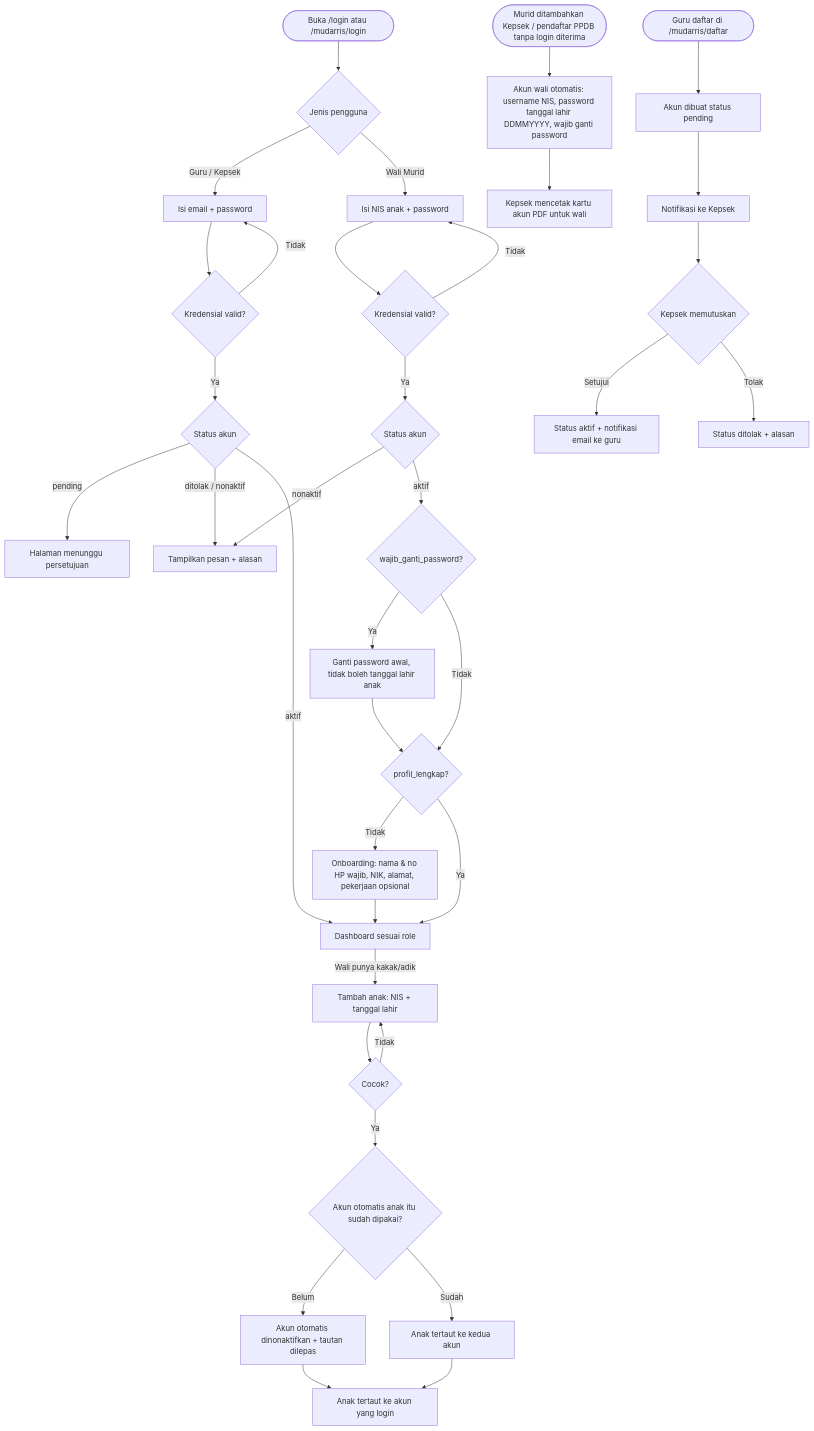
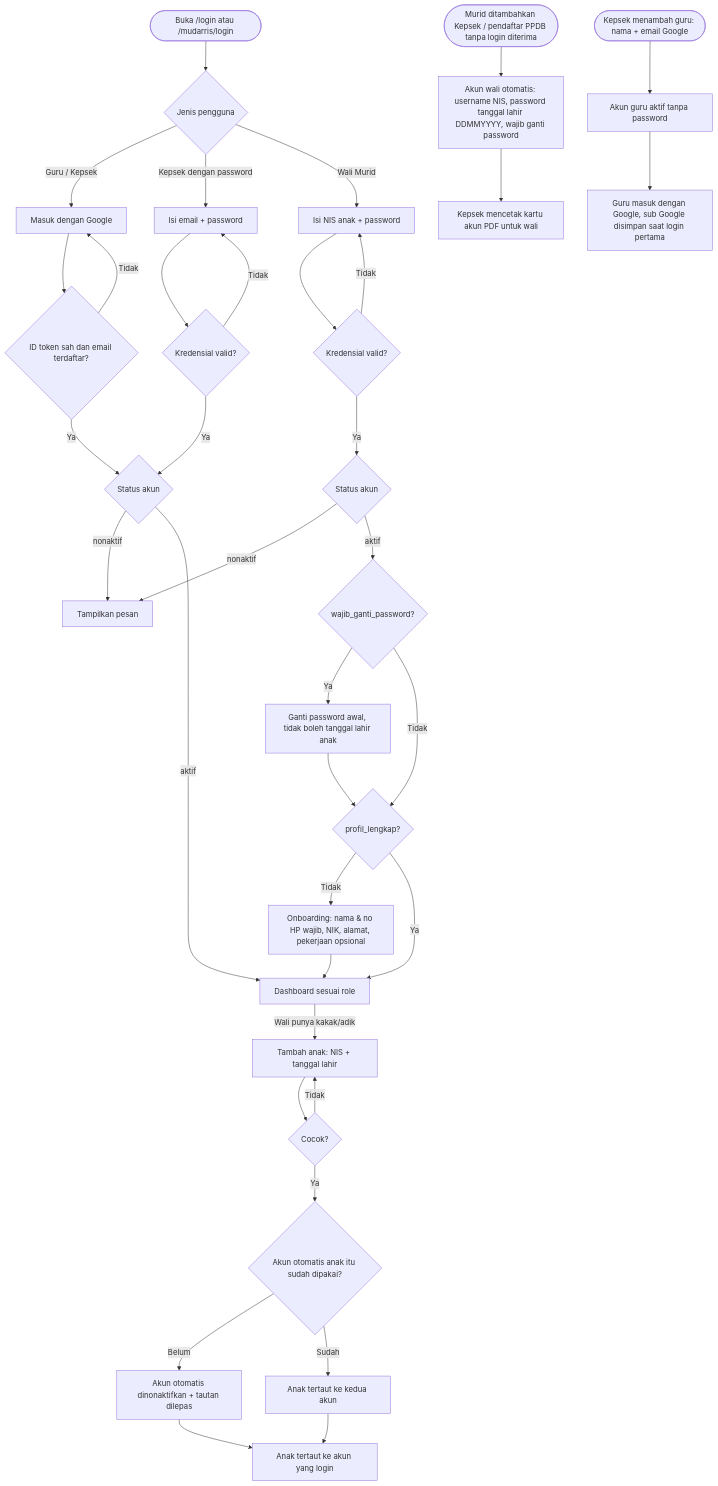
The second of 5 diagrams in PROMPT_BE_TK.md (Keyanffz/TK_TA8_BE), drawn with Mermaid before and after one commit. The commit also changed other lines of this file and 2 other files, not shown here.

First line of the commit message:
docs: kontrak login Google staff, dokumentasi, dan ekspor api.json

````diff
--- a/PROMPT_BE_TK.md
+++ b/PROMPT_BE_TK.md
@@ -281,38 +282,38 @@
 ```mermaid
 flowchart TD
     A([Buka /login atau /mudarris/login]) --> B{Jenis pengguna}
-    B -->|Guru / Kepsek| C[Isi email + password]
-    C --> D{Kredensial valid?}
+    B -->|Guru / Kepsek| C[Masuk dengan Google]
+    C --> D{ID token sah dan email terdaftar?}
     D -->|Tidak| C
     D -->|Ya| E{Status akun}
-    E -->|pending| F[Halaman menunggu persetujuan]
-    E -->|ditolak / nonaktif| G[Tampilkan pesan + alasan]
+    B -->|Kepsek dengan password| C2[Isi email + password]
+    C2 --> D2{Kredensial valid?}
+    D2 -->|Tidak| C2
+    D2 -->|Ya| E
+    E -->|nonaktif| G[Tampilkan pesan]
     E -->|aktif| H[Dashboard sesuai role]
     Z([Murid ditambahkan Kepsek / pendaftar PPDB tanpa login diterima]) --> Z1[Akun wali otomatis: username NIS, password tanggal lahir DDMMYYYY, wajib ganti password]
     Z1 --> Z2[Kepsek mencetak kartu akun PDF untuk wali]
     B -->|Wali Murid| I[Isi NIS anak + password]
     I --> J{Kredensial valid?}
     J -->|Tidak| I
     J -->|Ya| K{Status akun}
     K -->|nonaktif| G
     K -->|aktif| L{wajib_ganti_password?}
     L -->|Ya| M[Ganti password awal, tidak boleh tanggal lahir anak]
     M --> N{profil_lengkap?}
     L -->|Tidak| N
     N -->|Tidak| O[Onboarding: nama & no HP wajib, NIK, alamat, pekerjaan opsional]
     N -->|Ya| H
     O --> H
     H -->|Wali punya kakak/adik| P[Tambah anak: NIS + tanggal lahir]
     P --> Q{Cocok?}
     Q -->|Tidak| P
     Q -->|Ya| R{Akun otomatis anak itu sudah dipakai?}
     R -->|Belum| R1[Akun otomatis dinonaktifkan + tautan dilepas]
     R -->|Sudah| R2[Anak tertaut ke kedua akun]
     R1 --> S[Anak tertaut ke akun yang login]
     R2 --> S
-    T([Guru daftar di /mudarris/daftar]) --> U[Akun dibuat status pending]
-    U --> V[Notifikasi ke Kepsek]
-    V --> W{Kepsek memutuskan}
-    W -->|Setujui| X[Status aktif + notifikasi email ke guru]
-    W -->|Tolak| Y[Status ditolak + alasan]
+    T([Kepsek menambah guru: nama + email Google]) --> U[Akun guru aktif tanpa password]
+    U --> V[Guru masuk dengan Google, sub Google disimpan saat login pertama]
 ```
````
